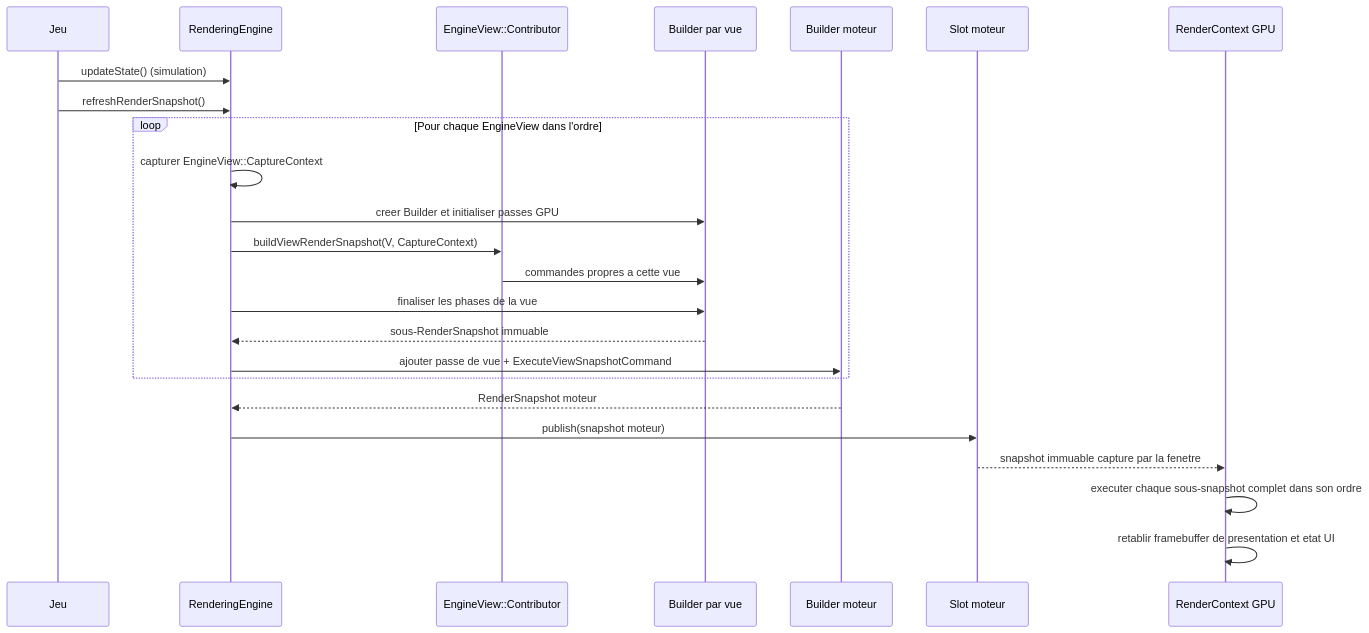
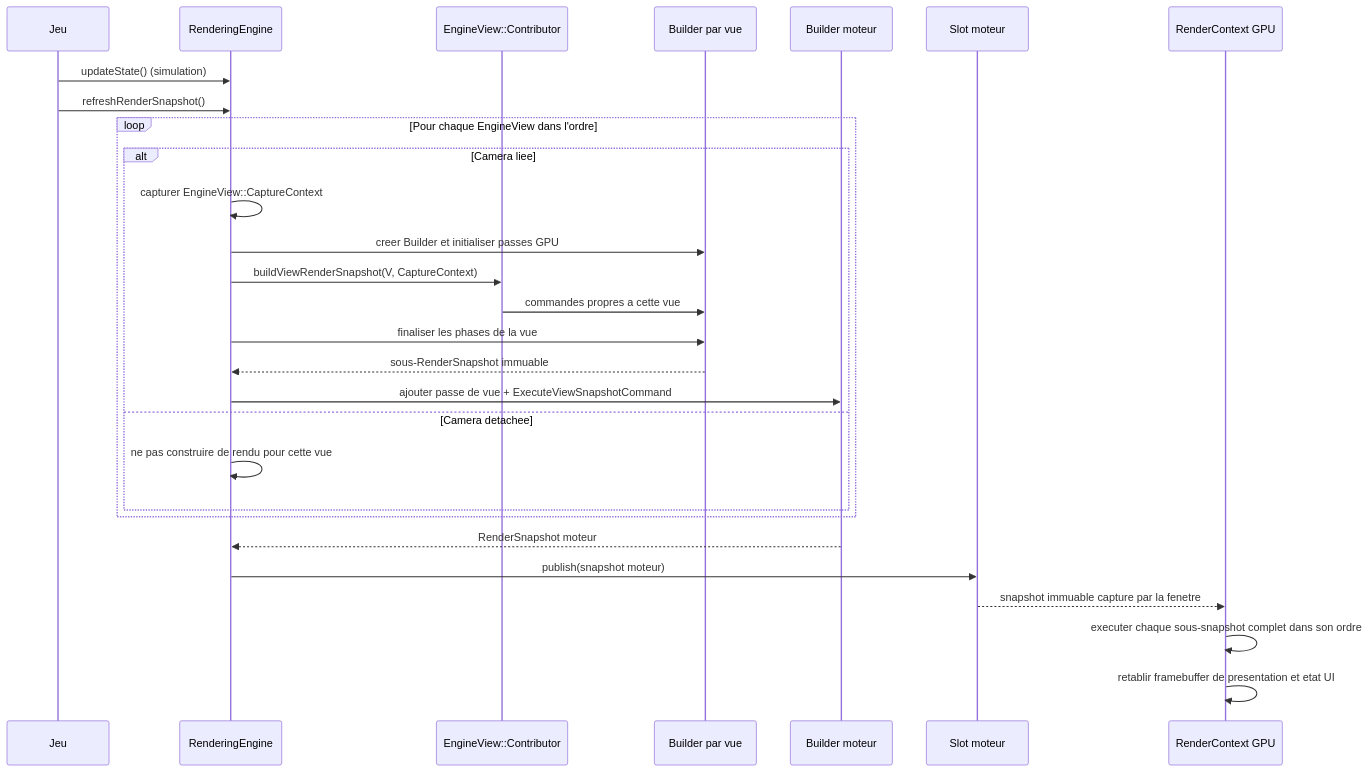
The ninth of 10 diagrams in docs/voxel-engine-v0.1.4-specification.md (EreliaStudio/Sparkle), drawn with Mermaid before and after one commit. The commit also changed other lines of this file, not shown here.

Commit message:
docs(v0.1.4): support camera rebinding and detached EngineViews without rendering

````diff
--- a/docs/voxel-engine-v0.1.4-specification.md
+++ b/docs/voxel-engine-v0.1.4-specification.md
@@ -776,26 +788,30 @@
 ```mermaid
 sequenceDiagram
   participant G as Jeu
   participant E as RenderingEngine
   participant C as EngineView::Contributor
   participant V as Builder par vue
   participant M as Builder moteur
   participant S as Slot moteur
   participant R as RenderContext GPU
   G->>E: updateState() (simulation)
   G->>E: refreshRenderSnapshot()
   loop Pour chaque EngineView dans l'ordre
-    E->>E: capturer EngineView::CaptureContext
-    E->>V: creer Builder et initialiser passes GPU
-    E->>C: buildViewRenderSnapshot(V, CaptureContext)
-    C->>V: commandes propres a cette vue
-    E->>V: finaliser les phases de la vue
-    V-->>E: sous-RenderSnapshot immuable
-    E->>M: ajouter passe de vue + ExecuteViewSnapshotCommand
+    alt Camera liee
+      E->>E: capturer EngineView::CaptureContext
+      E->>V: creer Builder et initialiser passes GPU
+      E->>C: buildViewRenderSnapshot(V, CaptureContext)
+      C->>V: commandes propres a cette vue
+      E->>V: finaliser les phases de la vue
+      V-->>E: sous-RenderSnapshot immuable
+      E->>M: ajouter passe de vue + ExecuteViewSnapshotCommand
+    else Camera detachee
+      E->>E: ne pas construire de rendu pour cette vue
+    end
   end
   M-->>E: RenderSnapshot moteur
   E->>S: publish(snapshot moteur)
   S-->>R: snapshot immuable capture par la fenetre
   R->>R: executer chaque sous-snapshot complet dans son ordre
   R->>R: retablir framebuffer de presentation et etat UI
 ```
````
